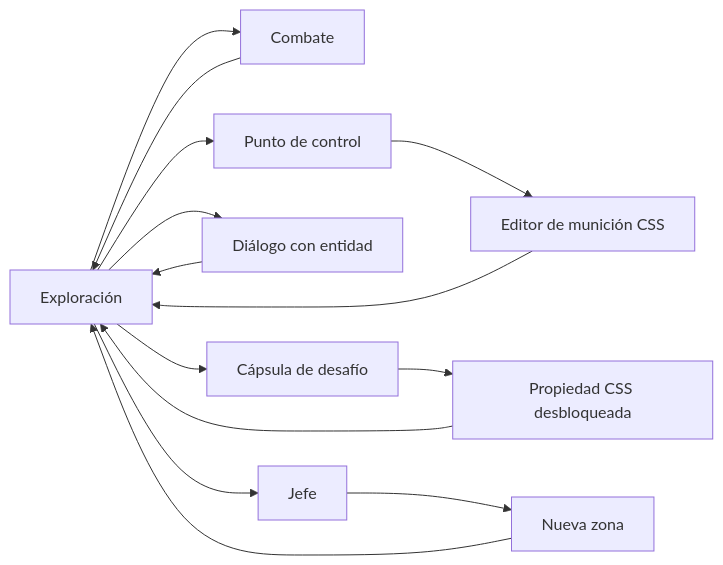
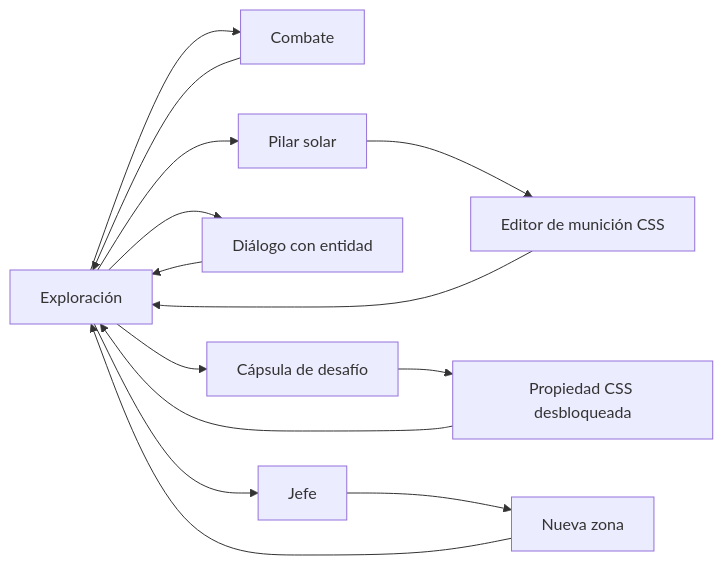
Before and after one commit to Jonathan-Bello/GDD-CSS: the third of 3 diagrams in src/content/sistema-juego/flujo-juego.md, drawn with Mermaid. The commit also changed other lines of this file and 64 other files, not shown here.

````diff
--- a/src/content/sistema-juego/flujo-juego.md
+++ b/src/content/sistema-juego/flujo-juego.md
@@ -64,16 +64,16 @@
 ```mermaid
 flowchart LR
     A[Exploración] --> B[Combate]
     B --> A
-    A --> C[Punto de control]
+    A --> C[Pilar solar]
     C --> D[Editor de munición CSS]
     D --> A
     A --> E[Diálogo con entidad]
     E --> A
     A --> F[Cápsula de desafío]
     F --> G[Propiedad CSS desbloqueada]
     G --> A
     A --> H[Jefe]
     H --> I[Nueva zona]
     I --> A
 ```
````
